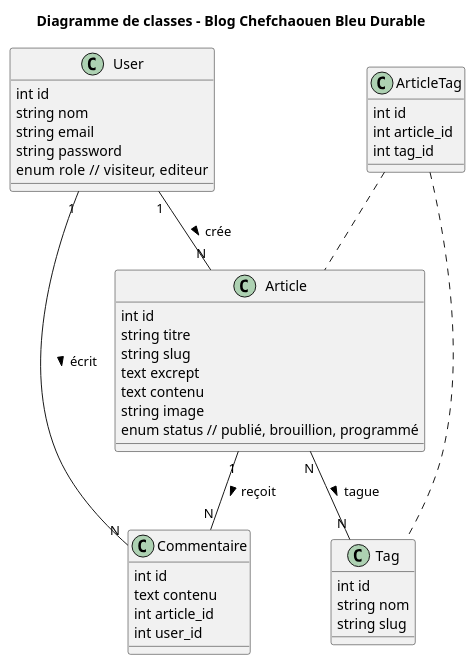
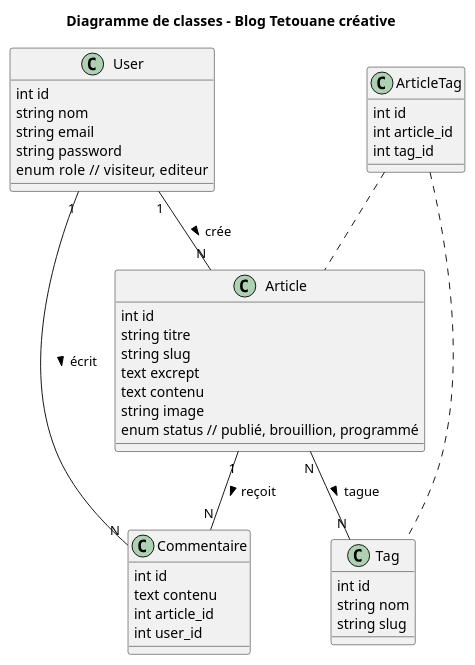
Before and after one commit to Yousra-akg/Blog--Titouan-Creative-Blog: the diagram in conception/diagramme de classe/diagram-class.puml, drawn with PlantUML. The commit also changed 10 other files, not shown here.

```diff
--- a/conception/diagramme de classe/diagram-class.puml
+++ b/conception/diagramme de classe/diagram-class.puml
@@ -1,61 +1,61 @@
 @startuml
-title Diagramme de classes - Blog Chefchaouen Bleu Durable
+title Diagramme de classes - Blog Tetouane créative
 
 ' ====== CLASSES ======
 
 class User {
   int id
   string nom
   string email
   string password
   enum role  // visiteur, editeur
 }
 
 class Article {
   int id
   string titre
   string slug
   text excrept
   text contenu
   string image
   enum status // publié, brouillion, programmé
   
 }
 
 class Commentaire {
   int id
   text contenu
   int article_id
   int user_id  
 
 }
 
 class Tag {
   int id
   string nom
   string slug
 }
 
 class ArticleTag {
   int id
   int article_id
   int tag_id
 }
 
 ' ====== RELATIONS ======
 
 ' User crée des articles
 User "1" -- "N" Article : crée >
 
 ' User écrit des commentaires
 User "1" -- "N" Commentaire : écrit >
 
 ' Article reçoit des commentaires
 Article "1" -- "N" Commentaire : reçoit >
 
 ' Article <--> Tag (many-to-many via pivot)
 Article "N" -- "N" Tag : tague >
 ArticleTag .. Article
 ArticleTag .. Tag
 
 @enduml
```
